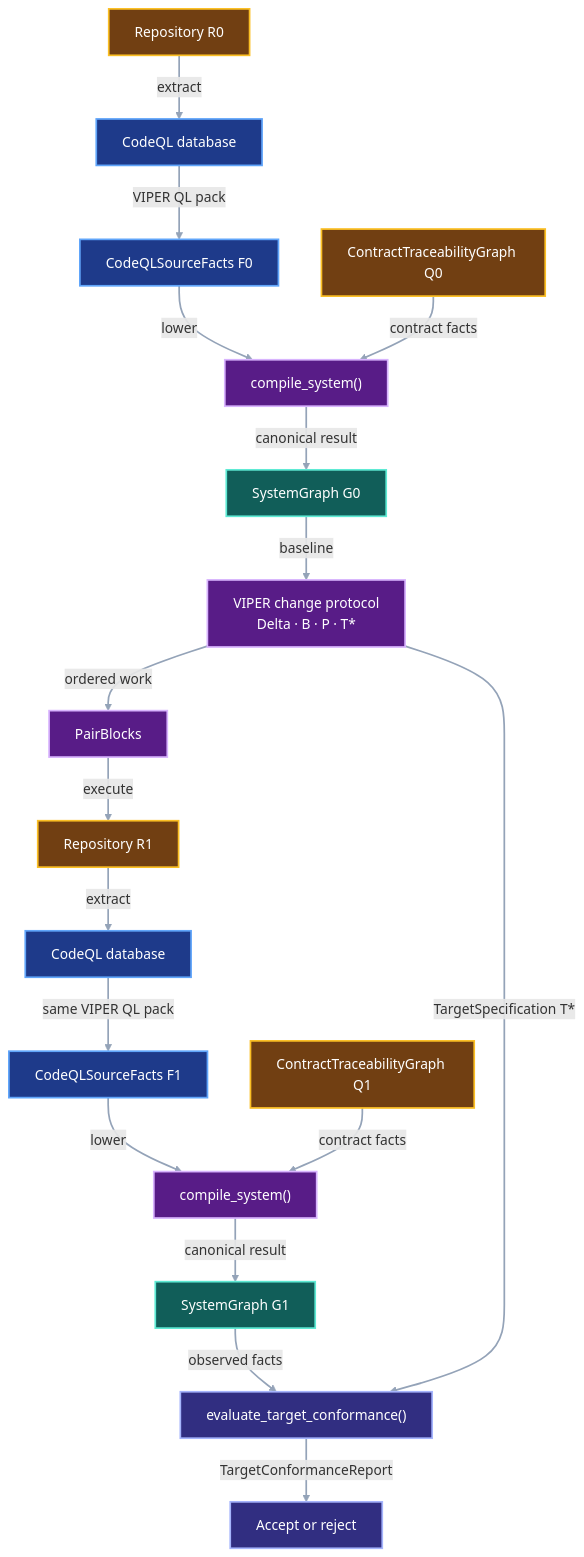
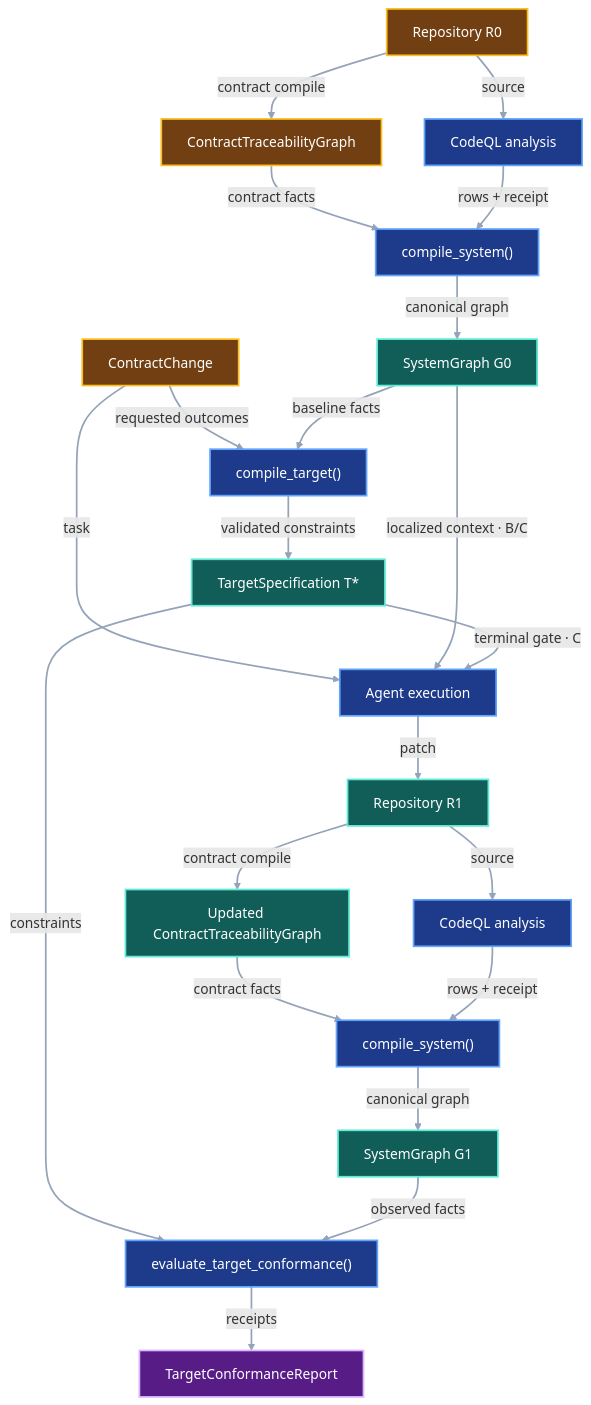
One commit to pvd232/viper changed the first of 4 diagrams in docs/development/system-impact-compiler.md. Above: the diagram before and after it, drawn with Mermaid. The commit also changed other lines of this file and 7 other files, not shown here.

Commit message:
Narrow System Impact to conformance experiment

````diff
--- a/docs/development/system-impact-compiler.md
+++ b/docs/development/system-impact-compiler.md
@@ -14,34 +15,36 @@
 ```mermaid
 flowchart TB
-    R0["Repository R0"] -->|"extract"| DB0["CodeQL database"]
-    DB0 -->|"VIPER QL pack"| F0["CodeQLSourceFacts F0"]
-    F0 -->|"lower"| C0["compile_system()"]
-    Q0["ContractTraceabilityGraph Q0"] -->|"contract facts"| C0
-    C0 -->|"canonical result"| G0["SystemGraph G0"]
+    R0["Repository R0"] -->|"source"| Analyze0["CodeQL analysis"]
+    R0 -->|"contract compile"| Q0["ContractTraceabilityGraph"]
+    Q0 -->|"contract facts"| Compile0["compile_system()"]
+    Analyze0 -->|"rows + receipt"| Compile0
+    Compile0 -->|"canonical graph"| G0["SystemGraph G0"]
 
-    G0 -->|"baseline"| Protocol["VIPER change protocol<br/>Delta · B · P · T*"]
-    Protocol -->|"ordered work"| Blocks["PairBlocks"]
-    Blocks -->|"execute"| R1["Repository R1"]
+    Change["ContractChange"] -->|"requested outcomes"| Target["compile_target()"]
+    G0 -->|"baseline facts"| Target
+    Target -->|"validated constraints"| T["TargetSpecification T*"]
 
-    R1 -->|"extract"| DB1["CodeQL database"]
-    DB1 -->|"same VIPER QL pack"| F1["CodeQLSourceFacts F1"]
-    F1 -->|"lower"| C1["compile_system()"]
-    Q1["ContractTraceabilityGraph Q1"] -->|"contract facts"| C1
-    C1 -->|"canonical result"| G1["SystemGraph G1"]
+    Change -->|"task"| Task["Agent execution"]
+    G0 -->|"localized context · B/C"| Task
+    T -->|"terminal gate · C"| Task
+    Task -->|"patch"| R1["Repository R1"]
+    R1 -->|"source"| Analyze1["CodeQL analysis"]
+    R1 -->|"contract compile"| Q1["Updated ContractTraceabilityGraph"]
+    Q1 -->|"contract facts"| Compile1["compile_system()"]
+    Analyze1 -->|"rows + receipt"| Compile1
+    Compile1 -->|"canonical graph"| G1["SystemGraph G1"]
 
-    G1 -->|"observed facts"| Check["evaluate_target_conformance()"]
-    Protocol -->|"TargetSpecification T*"| Check
-    Check -->|"TargetConformanceReport"| Accept["Accept or reject"]
+    T -->|"constraints"| Check["evaluate_target_conformance()"]
+    G1 -->|"observed facts"| Check
+    Check -->|"receipts"| Report["TargetConformanceReport"]
 
-    class R0,Q0,R1,Q1 input
-    class DB0,DB1,F0,F1 analysis
-    class C0,C1,Protocol,Blocks compiler
-    class G0,G1 evidence
-    class Check,Accept verification
+    class R0,Q0,Change input
+    class Analyze0,Analyze1,Compile0,Compile1,Target,Task,Check operation
+    class G0,T,R1,Q1,G1 evidence
+    class Report output
     classDef input fill:#713f12,stroke:#fbbf24,color:#ffffff,stroke-width:2px
-    classDef analysis fill:#1e3a8a,stroke:#60a5fa,color:#ffffff,stroke-width:2px
-    classDef compiler fill:#581c87,stroke:#d8b4fe,color:#ffffff,stroke-width:2px
+    classDef operation fill:#1e3a8a,stroke:#60a5fa,color:#ffffff,stroke-width:2px
     classDef evidence fill:#115e59,stroke:#5eead4,color:#ffffff,stroke-width:2px
-    classDef verification fill:#312e81,stroke:#a5b4fc,color:#ffffff,stroke-width:2px
+    classDef output fill:#581c87,stroke:#d8b4fe,color:#ffffff,stroke-width:2px
     linkStyle default stroke:#94a3b8,stroke-width:2px
 ```
````
